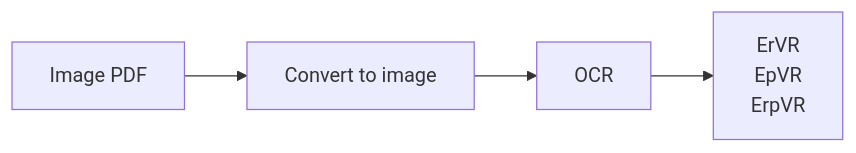
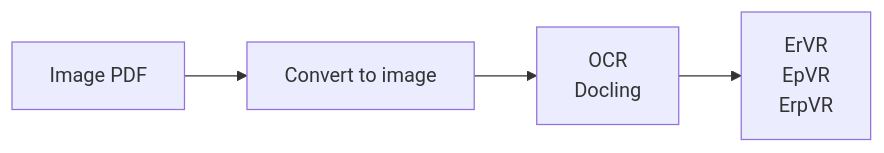
The fifth of 8 diagrams in pipelines.md (mariogarcia-ar/docflow), drawn with Mermaid before and after one commit. The commit also changed other lines of this file and 6 other files, not shown here.

Commit message:
Clarify OCR engine usage and documentation across multiple files, emphasizing that Docling is the fixed engine for OCR processes and detailing its role in the extraction pipeline.

````diff
--- a/pipelines.md
+++ b/pipelines.md
@@ -166,4 +168,4 @@
 ```mermaid
 graph LR
-    A["Image PDF"] --> B["Convert to image"] --> C["OCR"] --> D["ErVR<br/>EpVR<br/>ErpVR"]
+    A["Image PDF"] --> B["Convert to image"] --> C["OCR<br/>Docling"] --> D["ErVR<br/>EpVR<br/>ErpVR"]
 ```
````
